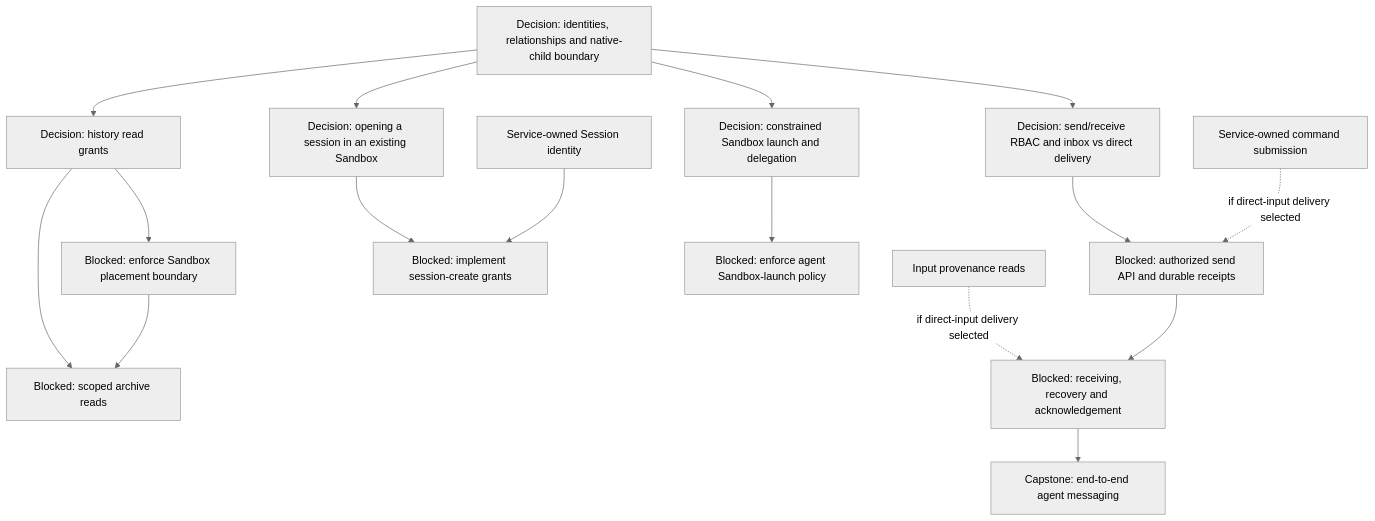
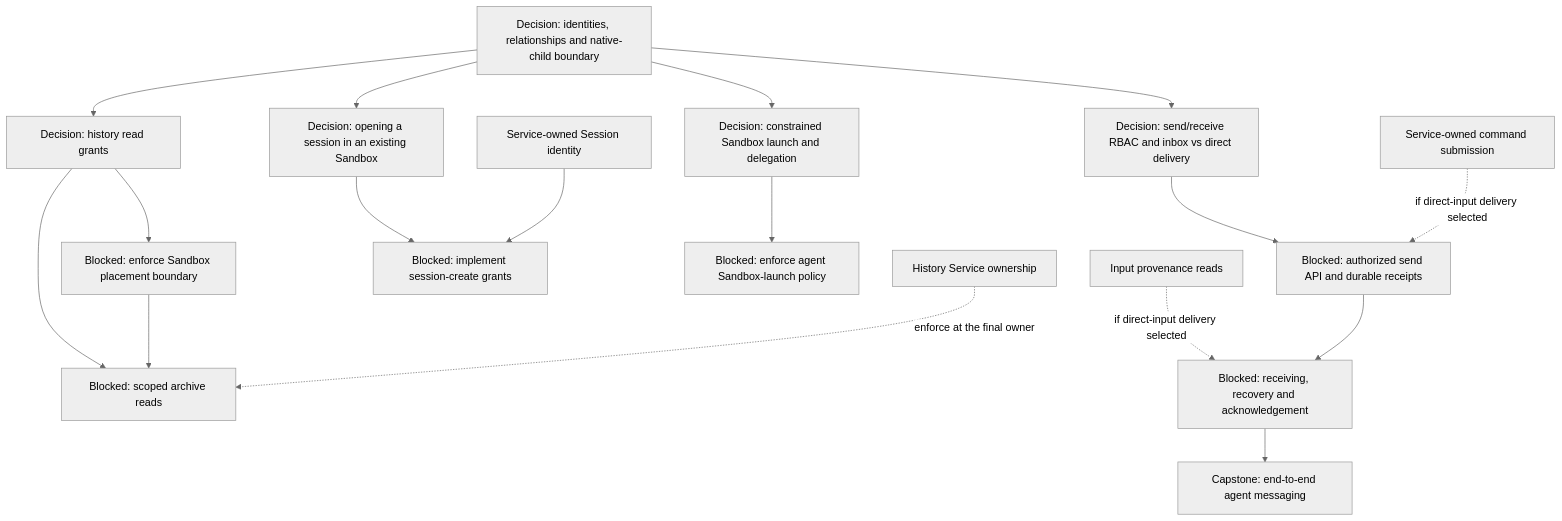
One commit to agentydragon-agent/ducktape changed the fifth of 9 diagrams in agentplane/plans/task_dag.md. Above: the diagram before and after it, drawn with Mermaid (neutral theme). The commit also changed other lines of this file and 5 other files, not shown here.

````diff
--- a/agentplane/plans/task_dag.md
+++ b/agentplane/plans/task_dag.md
@@ -291,30 +278,31 @@
 ```mermaid
 flowchart TD
     MULTIAGENT_MODEL[Decision: identities, relationships and native-child boundary]
     THREAD_READ_POLICY_DESIGN[Decision: history read grants]
     SANDBOX_COMPARTMENT_BOUNDARY[Blocked: enforce Sandbox placement boundary]
     THREAD_READ_POLICY[Blocked: scoped archive reads]
     AGENT_MESSAGING_DESIGN[Decision: send/receive RBAC and inbox vs direct delivery]
     AGENT_MESSAGE_INGRESS[Blocked: authorized send API and durable receipts]
     AGENT_MESSAGE_RECEPTION[Blocked: receiving, recovery and acknowledgement]
     AGENT_MESSAGING[Capstone: end-to-end agent messaging]
     THREAD_CREATE_POLICY[Decision: opening a session in an existing Sandbox]
     THREAD_CREATE_AUTHORIZATION[Blocked: implement session-create grants]
     AGENT_LAUNCH_POLICY_DESIGN[Decision: constrained Sandbox launch and delegation]
     AGENT_SANDBOX_LAUNCH[Blocked: enforce agent Sandbox-launch policy]
     MULTIAGENT_MODEL --> THREAD_READ_POLICY_DESIGN
     MULTIAGENT_MODEL --> AGENT_MESSAGING_DESIGN
     MULTIAGENT_MODEL --> THREAD_CREATE_POLICY
     MULTIAGENT_MODEL --> AGENT_LAUNCH_POLICY_DESIGN
     THREAD_READ_POLICY_DESIGN --> SANDBOX_COMPARTMENT_BOUNDARY
     THREAD_READ_POLICY_DESIGN --> THREAD_READ_POLICY
     SANDBOX_COMPARTMENT_BOUNDARY --> THREAD_READ_POLICY
+    HISTORY_SERVICE_OWNERSHIP[History Service ownership] -. enforce at the final owner .-> THREAD_READ_POLICY
     AGENT_MESSAGING_DESIGN --> AGENT_MESSAGE_INGRESS
     SESSION_COMMAND_SUBMISSION[Service-owned command submission] -. if direct-input delivery selected .-> AGENT_MESSAGE_INGRESS
     SESSION_INPUT_METADATA_READ[Input provenance reads] -. if direct-input delivery selected .-> AGENT_MESSAGE_RECEPTION
     AGENT_MESSAGE_INGRESS --> AGENT_MESSAGE_RECEPTION
     AGENT_MESSAGE_RECEPTION --> AGENT_MESSAGING
     THREAD_CREATE_POLICY --> THREAD_CREATE_AUTHORIZATION
     THREAD_IDENTITY_NEW[Service-owned Session identity] --> THREAD_CREATE_AUTHORIZATION
     AGENT_LAUNCH_POLICY_DESIGN --> AGENT_SANDBOX_LAUNCH
 ```
````
